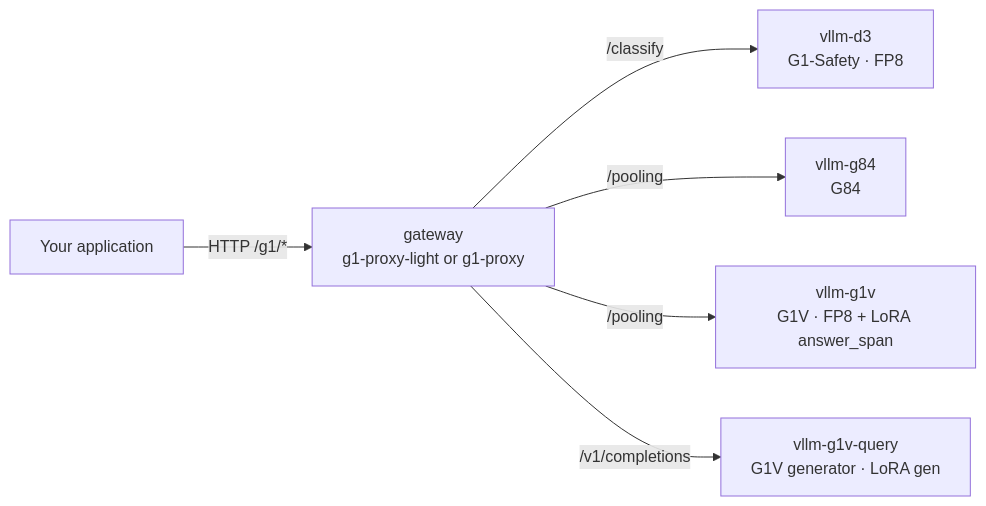
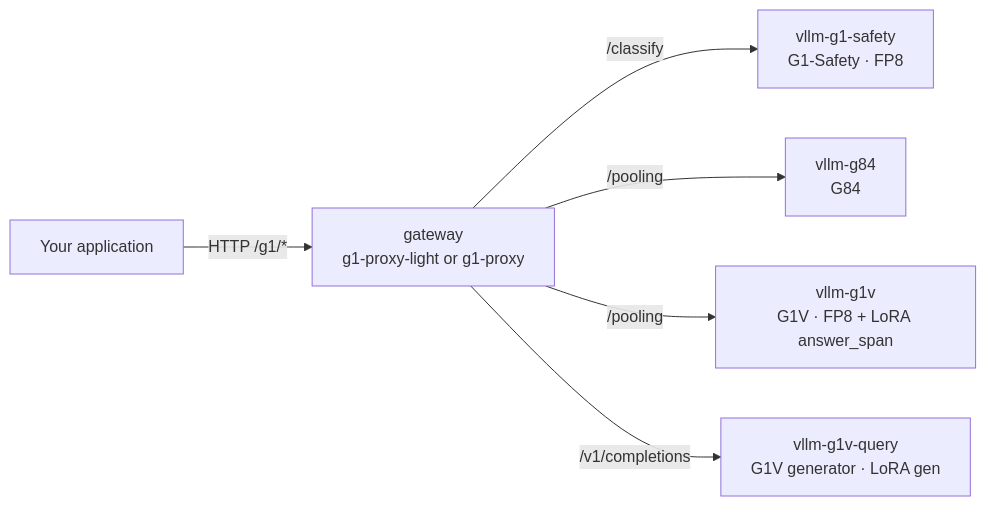
The diagram in docs/g1-proxy/vllm-stack.md (geodesia-ai/geodesia-docs), drawn with Mermaid before and after one commit. The commit also changed other lines of this file, not shown here.

Commit message:
docs: servizio vllm-g1-safety

````diff
--- a/docs/g1-proxy/vllm-stack.md
+++ b/docs/g1-proxy/vllm-stack.md
@@ -31,8 +31,8 @@
 ```mermaid
 flowchart LR
   C[Your application] -->|HTTP /g1/*| GW[gateway<br/>g1-proxy-light or g1-proxy]
-  GW -->|/classify| D3[vllm-d3<br/>G1-Safety · FP8]
+  GW -->|/classify| D3[vllm-g1-safety<br/>G1-Safety · FP8]
   GW -->|/pooling| G84[vllm-g84<br/>G84]
   GW -->|/pooling| G1V[vllm-g1v<br/>G1V · FP8 + LoRA answer_span]
   GW -->|/v1/completions| Q[vllm-g1v-query<br/>G1V generator · LoRA gen]
 ```
````
